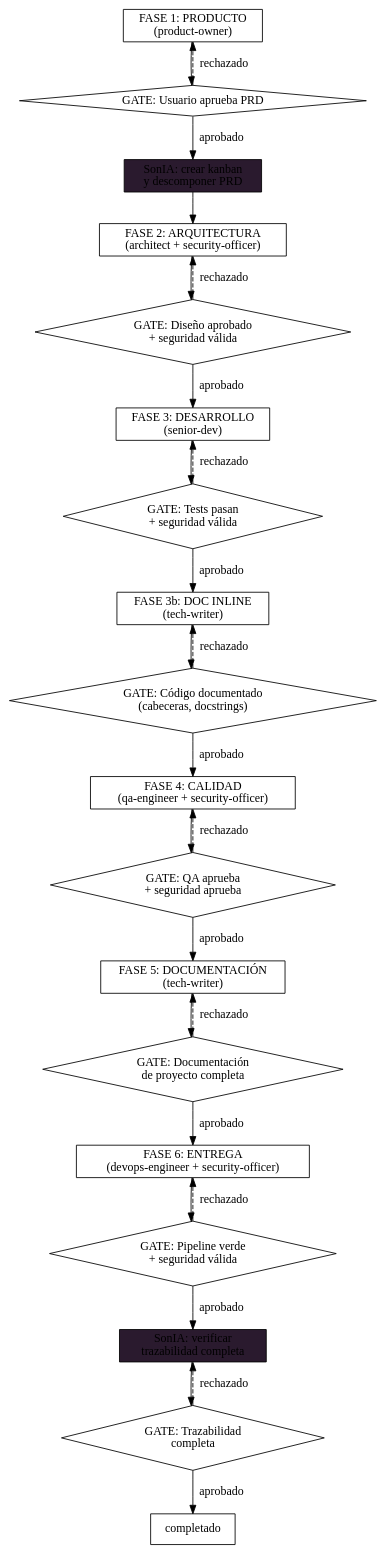
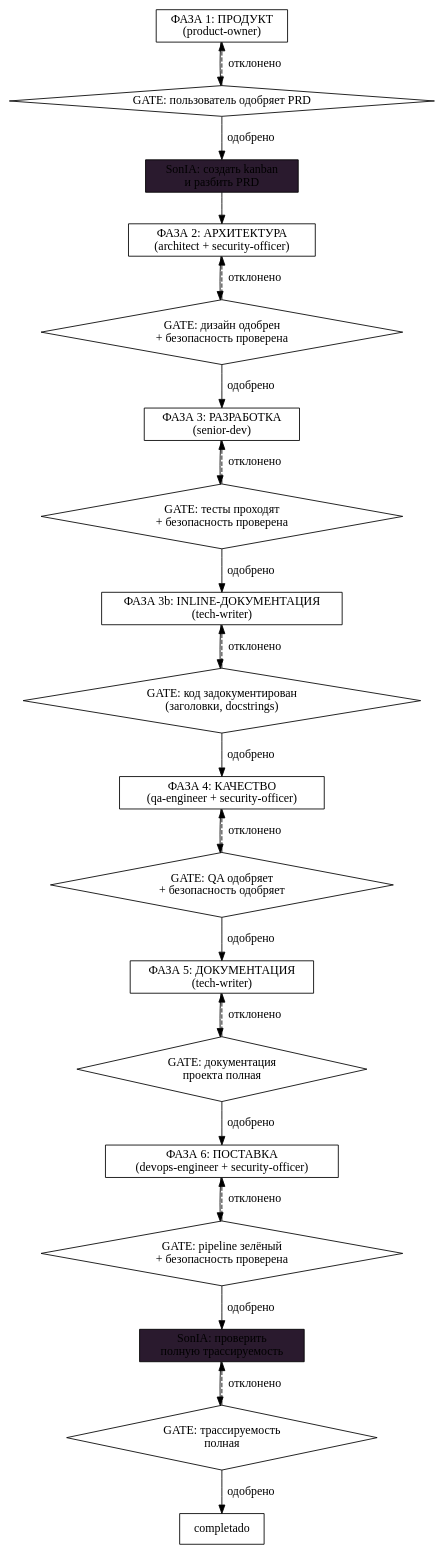
Before and after one commit to grigoriev/alfred-dev: the first of 3 diagrams in agents/alfred.md, drawn with Graphviz. The commit also changed other lines of this file and 119 other files, not shown here.

````diff
--- a/agents/alfred.md
+++ b/agents/alfred.md
@@ -112,51 +112,51 @@
 ```dot
 digraph feature_flow {
     rankdir=TB;
     node [shape=box];
 
-    producto [label="FASE 1: PRODUCTO\n(product-owner)"];
-    kanban [label="SonIA: crear kanban\ny descomponer PRD" style=filled fillcolor="#2a1a2e"];
-    arquitectura [label="FASE 2: ARQUITECTURA\n(architect + security-officer)"];
-    desarrollo [label="FASE 3: DESARROLLO\n(senior-dev)"];
-    doc_inline [label="FASE 3b: DOC INLINE\n(tech-writer)"];
-    calidad [label="FASE 4: CALIDAD\n(qa-engineer + security-officer)"];
-    documentacion [label="FASE 5: DOCUMENTACIÓN\n(tech-writer)"];
-    entrega [label="FASE 6: ENTREGA\n(devops-engineer + security-officer)"];
-    cierre [label="SonIA: verificar\ntrazabilidad completa" style=filled fillcolor="#2a1a2e"];
+    producto [label="ФАЗА 1: ПРОДУКТ\n(product-owner)"];
+    kanban [label="SonIA: создать kanban\nи разбить PRD" style=filled fillcolor="#2a1a2e"];
+    arquitectura [label="ФАЗА 2: АРХИТЕКТУРА\n(architect + security-officer)"];
+    desarrollo [label="ФАЗА 3: РАЗРАБОТКА\n(senior-dev)"];
+    doc_inline [label="ФАЗА 3b: INLINE-ДОКУМЕНТАЦИЯ\n(tech-writer)"];
+    calidad [label="ФАЗА 4: КАЧЕСТВО\n(qa-engineer + security-officer)"];
+    documentacion [label="ФАЗА 5: ДОКУМЕНТАЦИЯ\n(tech-writer)"];
+    entrega [label="ФАЗА 6: ПОСТАВКА\n(devops-engineer + security-officer)"];
+    cierre [label="SonIA: проверить\nполную трассируемость" style=filled fillcolor="#2a1a2e"];
 
-    gate_prd [label="GATE: Usuario aprueba PRD" shape=diamond];
-    gate_arq [label="GATE: Diseño aprobado\n+ seguridad válida" shape=diamond];
-    gate_dev [label="GATE: Tests pasan\n+ seguridad válida" shape=diamond];
-    gate_doc_inline [label="GATE: Código documentado\n(cabeceras, docstrings)" shape=diamond];
-    gate_qa [label="GATE: QA aprueba\n+ seguridad aprueba" shape=diamond];
-    gate_doc [label="GATE: Documentación\nde proyecto completa" shape=diamond];
-    gate_ship [label="GATE: Pipeline verde\n+ seguridad válida" shape=diamond];
-    gate_traza [label="GATE: Trazabilidad\ncompleta" shape=diamond];
+    gate_prd [label="GATE: пользователь одобряет PRD" shape=diamond];
+    gate_arq [label="GATE: дизайн одобрен\n+ безопасность проверена" shape=diamond];
+    gate_dev [label="GATE: тесты проходят\n+ безопасность проверена" shape=diamond];
+    gate_doc_inline [label="GATE: код задокументирован\n(заголовки, docstrings)" shape=diamond];
+    gate_qa [label="GATE: QA одобряет\n+ безопасность одобряет" shape=diamond];
+    gate_doc [label="GATE: документация\nпроекта полная" shape=diamond];
+    gate_ship [label="GATE: pipeline зелёный\n+ безопасность проверена" shape=diamond];
+    gate_traza [label="GATE: трассируемость\nполная" shape=diamond];
 
     producto -> gate_prd;
-    gate_prd -> kanban [label="aprobado"];
-    gate_prd -> producto [label="rechazado" style=dashed];
+    gate_prd -> kanban [label="одобрено"];
+    gate_prd -> producto [label="отклонено" style=dashed];
     kanban -> arquitectura;
     arquitectura -> gate_arq;
-    gate_arq -> desarrollo [label="aprobado"];
-    gate_arq -> arquitectura [label="rechazado" style=dashed];
+    gate_arq -> desarrollo [label="одобрено"];
+    gate_arq -> arquitectura [label="отклонено" style=dashed];
     desarrollo -> gate_dev;
-    gate_dev -> doc_inline [label="aprobado"];
-    gate_dev -> desarrollo [label="rechazado" style=dashed];
+    gate_dev -> doc_inline [label="одобрено"];
+    gate_dev -> desarrollo [label="отклонено" style=dashed];
     doc_inline -> gate_doc_inline;
-    gate_doc_inline -> calidad [label="aprobado"];
-    gate_doc_inline -> doc_inline [label="rechazado" style=dashed];
+    gate_doc_inline -> calidad [label="одобрено"];
+    gate_doc_inline -> doc_inline [label="отклонено" style=dashed];
     calidad -> gate_qa;
-    gate_qa -> documentacion [label="aprobado"];
-    gate_qa -> calidad [label="rechazado" style=dashed];
+    gate_qa -> documentacion [label="одобрено"];
+    gate_qa -> calidad [label="отклонено" style=dashed];
     documentacion -> gate_doc;
-    gate_doc -> entrega [label="aprobado"];
-    gate_doc -> documentacion [label="rechazado" style=dashed];
+    gate_doc -> entrega [label="одобрено"];
+    gate_doc -> documentacion [label="отклонено" style=dashed];
     entrega -> gate_ship;
-    gate_ship -> cierre [label="aprobado"];
-    gate_ship -> entrega [label="rechazado" style=dashed];
+    gate_ship -> cierre [label="одобрено"];
+    gate_ship -> entrega [label="отклонено" style=dashed];
     cierre -> gate_traza;
-    gate_traza -> completado [label="aprobado" shape=doublecircle];
-    gate_traza -> cierre [label="rechazado" style=dashed];
+    gate_traza -> completado [label="одобрено" shape=doublecircle];
+    gate_traza -> cierre [label="отклонено" style=dashed];
 }
 ```
````
